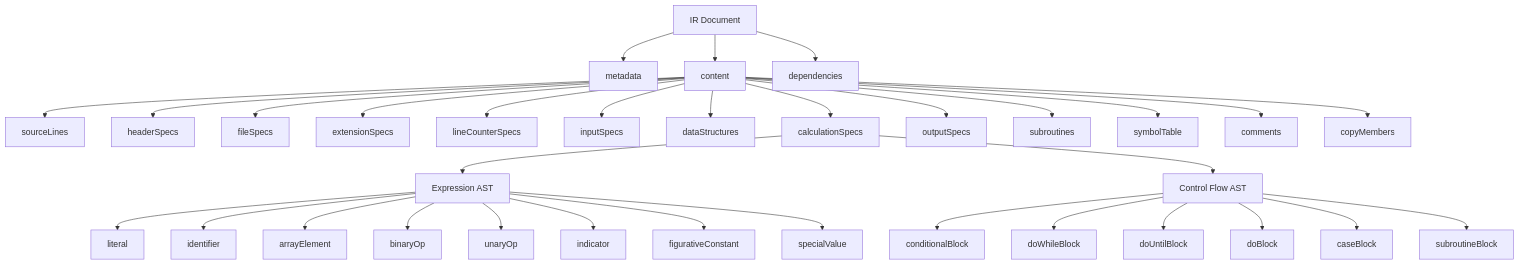
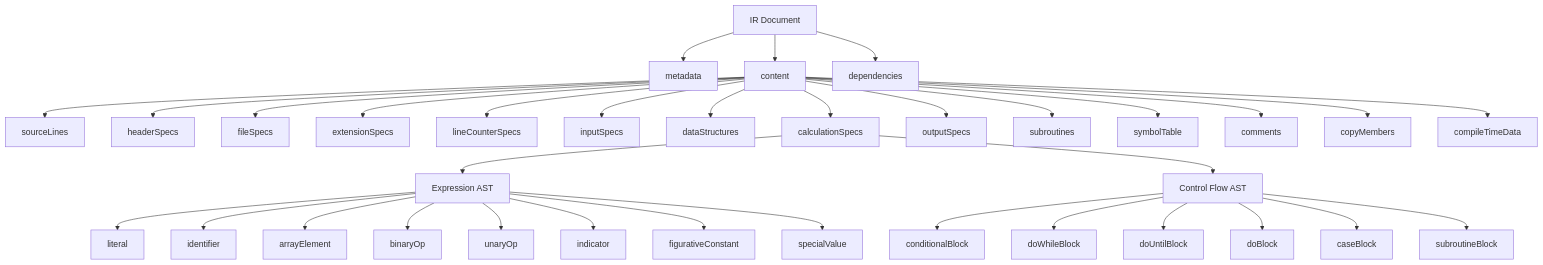
The second of 3 diagrams in docs/ai/design/feature-ir-json-template.md (nxn1710/AS400_Parser), drawn with Mermaid before and after one commit. The commit also changed other lines of this file and 7 other files, not shown here.

````diff
--- a/docs/ai/design/feature-ir-json-template.md
+++ b/docs/ai/design/feature-ir-json-template.md
@@ -126,40 +126,41 @@
 ```mermaid
 graph TD
     IRDoc["IR Document"]
     IRDoc --> META["metadata"]
     IRDoc --> CONTENT["content"]
     IRDoc --> DEPS["dependencies"]
 
     CONTENT --> SL["sourceLines"]
     CONTENT --> HS["headerSpecs"]
     CONTENT --> FS["fileSpecs"]
     CONTENT --> ES["extensionSpecs"]
     CONTENT --> LS["lineCounterSpecs"]
     CONTENT --> IS["inputSpecs"]
     CONTENT --> DS["dataStructures"]
     CONTENT --> CS["calculationSpecs"]
     CONTENT --> OS["outputSpecs"]
     CONTENT --> SUB["subroutines"]
     CONTENT --> ST["symbolTable"]
     CONTENT --> CMT["comments"]
     CONTENT --> CPY["copyMembers"]
+    CONTENT --> CTD["compileTimeData"]
 
     CS --> EXPR["Expression AST"]
     CS --> CTRL["Control Flow AST"]
 
     EXPR --> LIT["literal"]
     EXPR --> IDENT["identifier"]
     EXPR --> ARREL["arrayElement"]
     EXPR --> BINOP["binaryOp"]
     EXPR --> UNOP["unaryOp"]
     EXPR --> INDR["indicator"]
     EXPR --> FIGC["figurativeConstant"]
     EXPR --> SVAL["specialValue"]
 
     CTRL --> COND["conditionalBlock"]
     CTRL --> DOW["doWhileBlock"]
     CTRL --> DOU["doUntilBlock"]
     CTRL --> DOB["doBlock"]
     CTRL --> CAS["caseBlock"]
     CTRL --> SUBR["subroutineBlock"]
 ```
````
